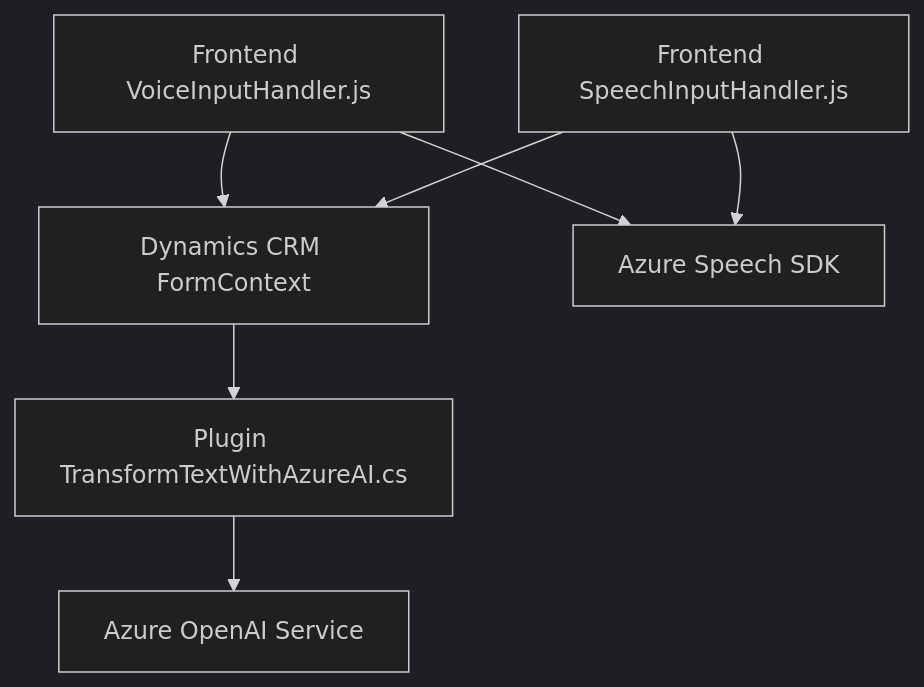
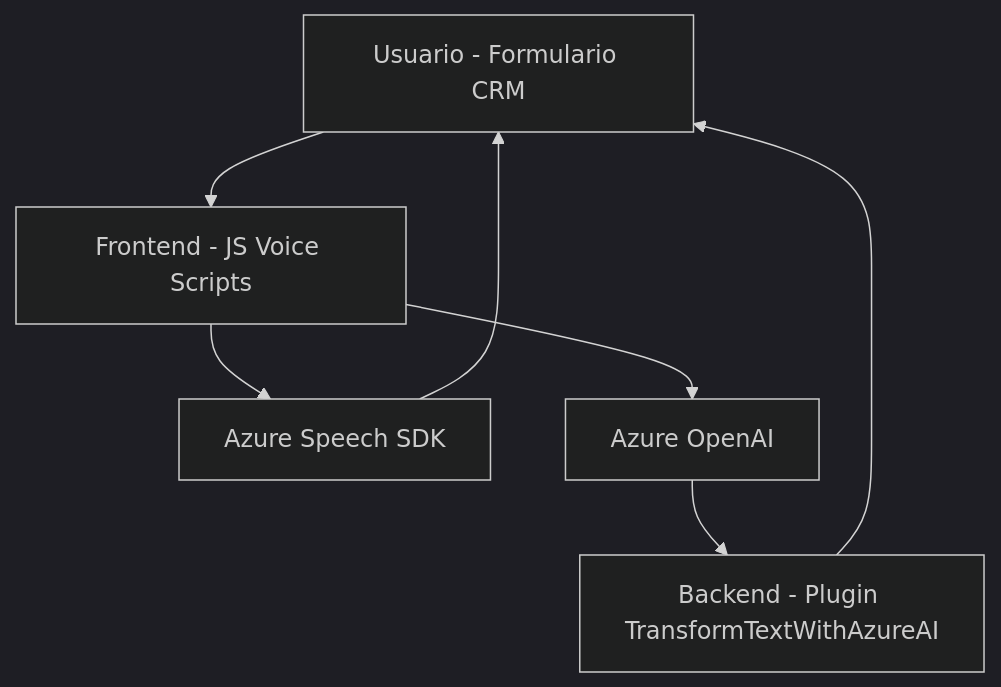
Before and after one commit to blopezdm/NETCORE_BILBAO2025: the diagram in README.md, drawn with Mermaid (dark theme). The commit also changed other lines of this file, not shown here.

````diff
--- a/README.md
+++ b/README.md
@@ -34,16 +41,15 @@
 ```mermaid
 graph TD
-    A["Frontend VoiceInputHandler.js"]
-    B["Frontend SpeechInputHandler.js"]
-    C["Plugin TransformTextWithAzureAI.cs"]
-    D["Dynamics CRM FormContext"]
-    E["Azure Speech SDK"]
-    F["Azure OpenAI Service"]
+    A["Usuario - Formulario CRM"]
+    B["Azure Speech SDK"]
+    C["Azure OpenAI"]
+    D["Frontend - JS Voice Scripts"]
+    E["Backend - Plugin TransformTextWithAzureAI"]
 
     A --> D
-    B --> D
+    D --> B
+    B --> A
     D --> C
-    A --> E
-    B --> E
-    C --> F
+    C --> E
+    E --> A
 ```
````
